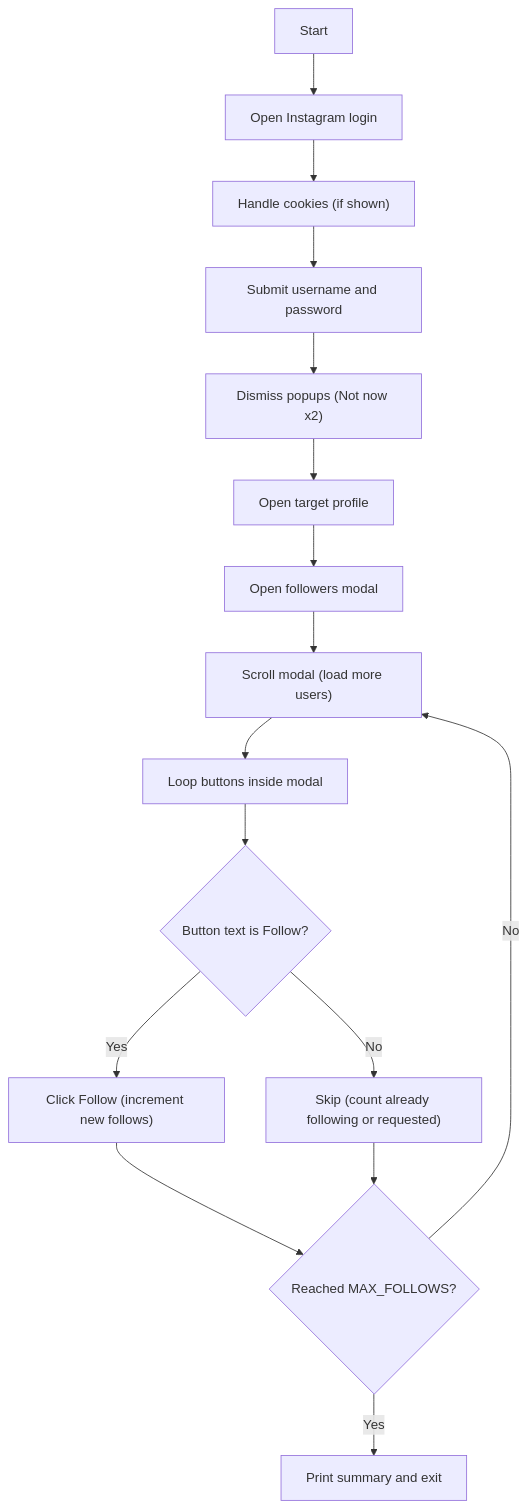
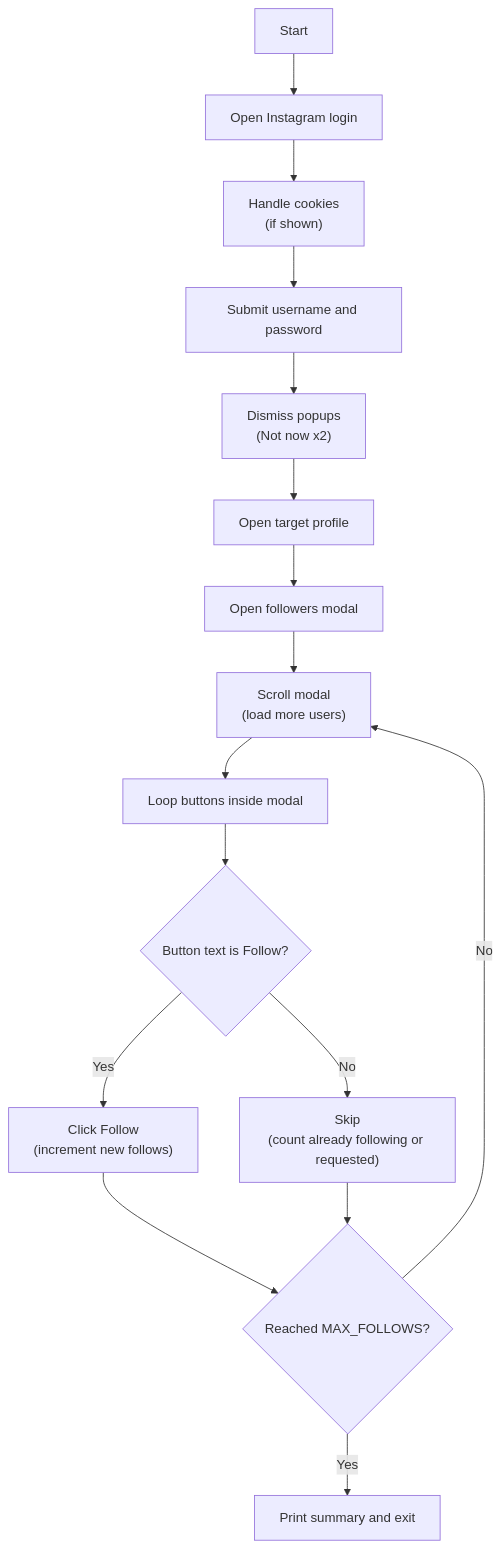
Before and after one commit to Zamir29/100-days-of-Python: the diagram in daily_logs/day_52.md, drawn with Mermaid.

Commit message:
(day_52): added <br> in flowchart in the daily log of day_52

````diff
--- a/daily_logs/day_52.md
+++ b/daily_logs/day_52.md
@@ -55,18 +55,18 @@
 ```mermaid
 flowchart TD
   A[Start] --> B[Open Instagram login]
-  B --> C[Handle cookies #40;if shown#41;]
+  B --> C[Handle cookies<br>#40;if shown#41;]
   C --> D[Submit username and password]
-  D --> E[Dismiss popups #40;Not now x2#41;]
+  D --> E[Dismiss popups<br>#40;Not now x2#41;]
   E --> F[Open target profile]
   F --> G[Open followers modal]
-  G --> H[Scroll modal #40;load more users#41;]
+  G --> H[Scroll modal<br>#40;load more users#41;]
   H --> I[Loop buttons inside modal]
   I --> J{Button text is Follow?}
-  J -->|Yes| K[Click Follow #40;increment new follows#41;]
-  J -->|No| L[Skip #40;count already following or requested#41;]
+  J -->|Yes| K[Click Follow<br>#40;increment new follows#41;]
+  J -->|No| L[Skip<br>#40;count already following or requested#41;]
   K --> M{Reached MAX_FOLLOWS?}
   L --> M
   M -->|No| H
   M -->|Yes| N[Print summary and exit]
 ```
````
